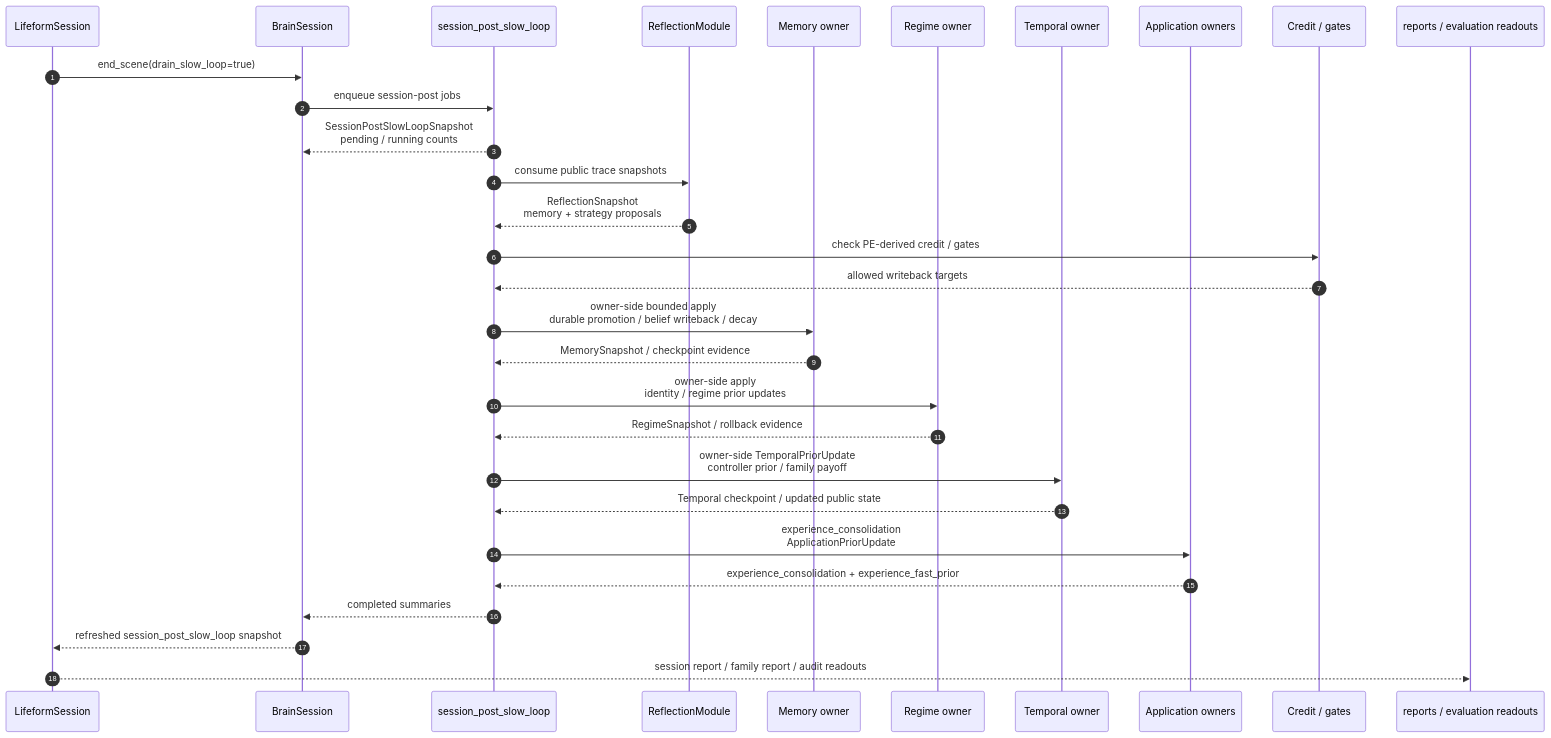
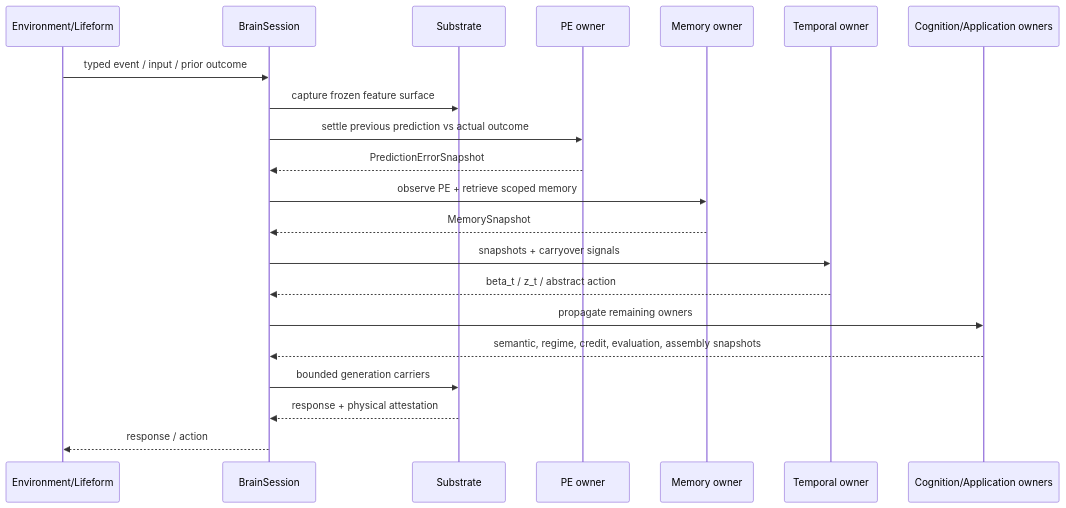
Before and after one commit to ronaldzgithub/VolvenceZero: the second of 2 diagrams in docs/SYSTEM_DESIGN.md, drawn with Mermaid. The commit also changed other lines of this file and 8 other files, not shown here.

First line of the commit message:
文档：重写当前架构、系统导览与状态地图

````diff
--- a/docs/SYSTEM_DESIGN.md
+++ b/docs/SYSTEM_DESIGN.md
@@ -346,40 +118,23 @@
 ```mermaid
 sequenceDiagram
-    autonumber
-    participant LF as LifeformSession
-    participant Brain as BrainSession
-    participant Slow as session_post_slow_loop
-    participant Refl as ReflectionModule
-    participant Mem as Memory owner
-    participant Regime as Regime owner
-    participant Temp as Temporal owner
-    participant App as Application owners
-    participant Credit as Credit / gates
-    participant Report as reports / evaluation readouts
-
-    LF->>Brain: end_scene(drain_slow_loop=true)
-    Brain->>Slow: enqueue session-post jobs
-    Slow-->>Brain: SessionPostSlowLoopSnapshot<br/>pending / running counts
-
-    Slow->>Refl: consume public trace snapshots
-    Refl-->>Slow: ReflectionSnapshot<br/>memory + strategy proposals
-
-    Slow->>Credit: check PE-derived credit / gates
-    Credit-->>Slow: allowed writeback targets
-
-    Slow->>Mem: owner-side bounded apply<br/>durable promotion / belief writeback / decay
-    Mem-->>Slow: MemorySnapshot / checkpoint evidence
-
-    Slow->>Regime: owner-side apply<br/>identity / regime prior updates
-    Regime-->>Slow: RegimeSnapshot / rollback evidence
-
-    Slow->>Temp: owner-side TemporalPriorUpdate<br/>controller prior / family payoff
-    Temp-->>Slow: Temporal checkpoint / updated public state
-
-    Slow->>App: experience_consolidation<br/>ApplicationPriorUpdate
-    App-->>Slow: experience_consolidation + experience_fast_prior
-
-    Slow-->>Brain: completed summaries
-    Brain-->>LF: refreshed session_post_slow_loop snapshot
-    LF-->>Report: session report / family report / audit readouts
+    participant E as Environment/Lifeform
+    participant R as BrainSession
+    participant S as Substrate
+    participant P as PE owner
+    participant M as Memory owner
+    participant T as Temporal owner
+    participant C as Cognition/Application owners
+    E->>R: typed event / input / prior outcome
+    R->>S: capture frozen feature surface
+    R->>P: settle previous prediction vs actual outcome
+    P-->>R: PredictionErrorSnapshot
+    R->>M: observe PE + retrieve scoped memory
+    M-->>R: MemorySnapshot
+    R->>T: snapshots + carryover signals
+    T-->>R: beta_t / z_t / abstract action
+    R->>C: propagate remaining owners
+    C-->>R: semantic, regime, credit, evaluation, assembly snapshots
+    R->>S: bounded generation carriers
+    S-->>R: response + physical attestation
+    R-->>E: response / action
 ```
````
